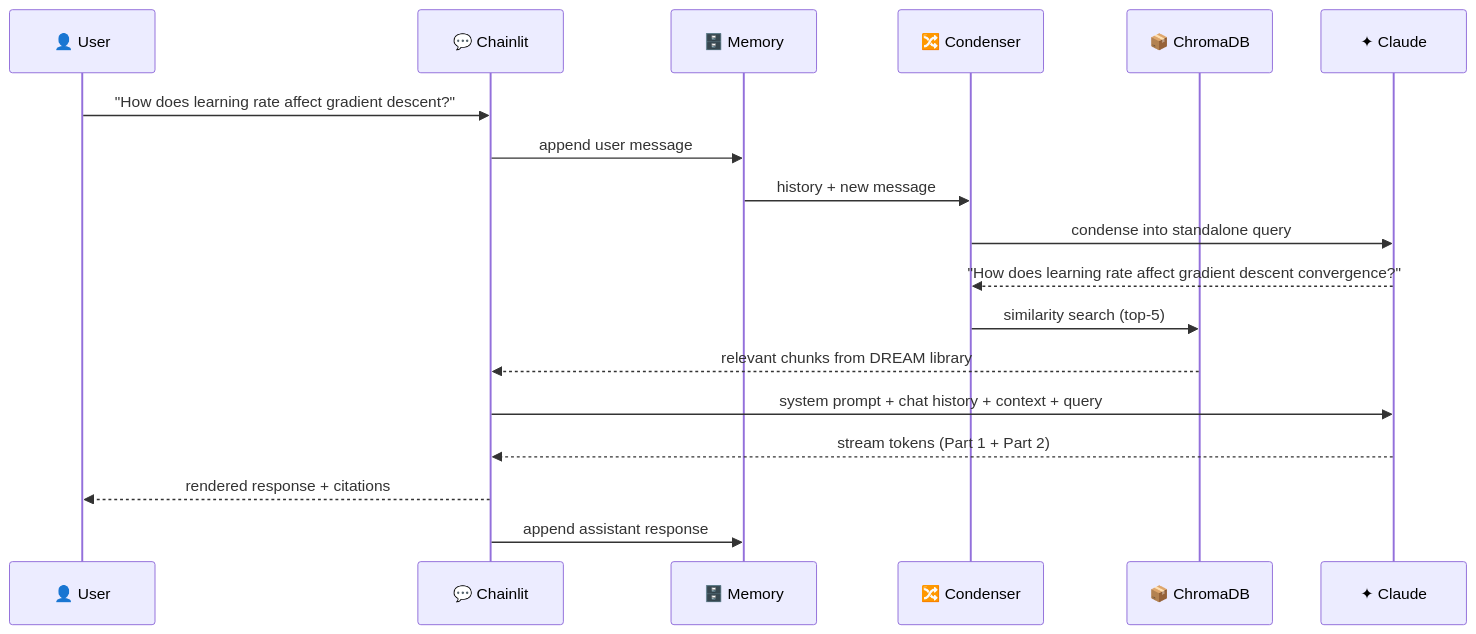
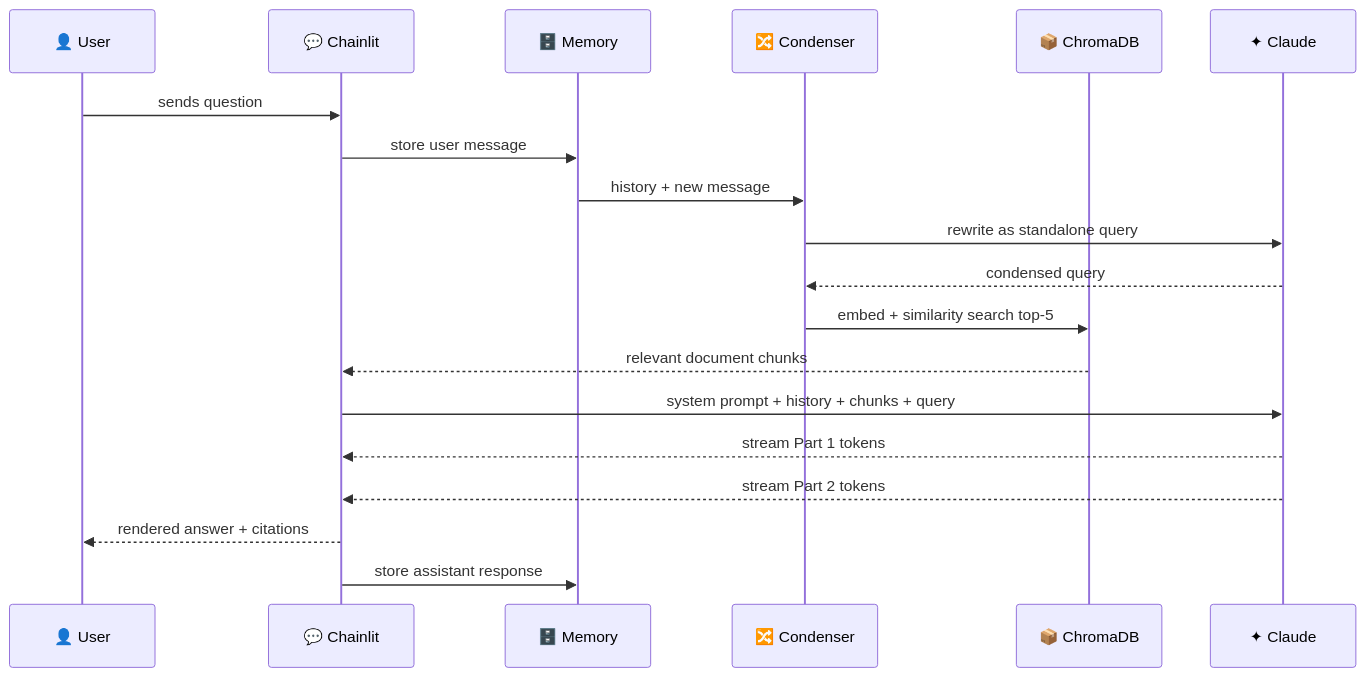
Before and after one commit to Indranil-Seal/conquest.ai: the second of 2 diagrams in README.md, drawn with Mermaid. The commit also changed other lines of this file, not shown here.

Commit message:
Fix architecture diagram: switch to LR layout with single-line node labels

````diff
--- a/README.md
+++ b/README.md
@@ -92,21 +87,22 @@
 ```mermaid
 sequenceDiagram
-    participant U as 👤 User
-    participant C as 💬 Chainlit
-    participant M as 🗄️ Memory
-    participant Q as 🔀 Condenser
-    participant V as 📦 ChromaDB
-    participant L as ✦ Claude
+    participant U  as 👤 User
+    participant UI as 💬 Chainlit
+    participant M  as 🗄️ Memory
+    participant Q  as 🔀 Condenser
+    participant DB as 📦 ChromaDB
+    participant AI as ✦ Claude
 
-    U->>C: "How does learning rate affect gradient descent?"
-    C->>M: append user message
-    M->>Q: history + new message
-    Q->>L: condense into standalone query
-    L-->>Q: "How does learning rate affect gradient descent convergence?"
-    Q->>V: similarity search (top-5)
-    V-->>C: relevant chunks from DREAM library
-    C->>L: system prompt + chat history + context + query
-    L-->>C: stream tokens (Part 1 + Part 2)
-    C-->>U: rendered response + citations
-    C->>M: append assistant response
+    U  ->> UI : sends question
+    UI ->> M  : store user message
+    M  ->> Q  : history + new message
+    Q  ->> AI : rewrite as standalone query
+    AI -->> Q : condensed query
+    Q  ->> DB : embed + similarity search top-5
+    DB -->> UI : relevant document chunks
+    UI ->> AI : system prompt + history + chunks + query
+    AI -->> UI : stream Part 1 tokens
+    AI -->> UI : stream Part 2 tokens
+    UI -->> U  : rendered answer + citations
+    UI ->> M  : store assistant response
 ```
````
